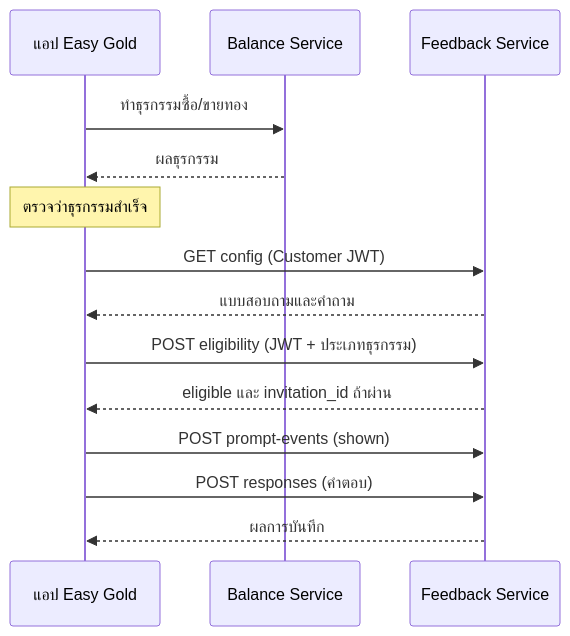
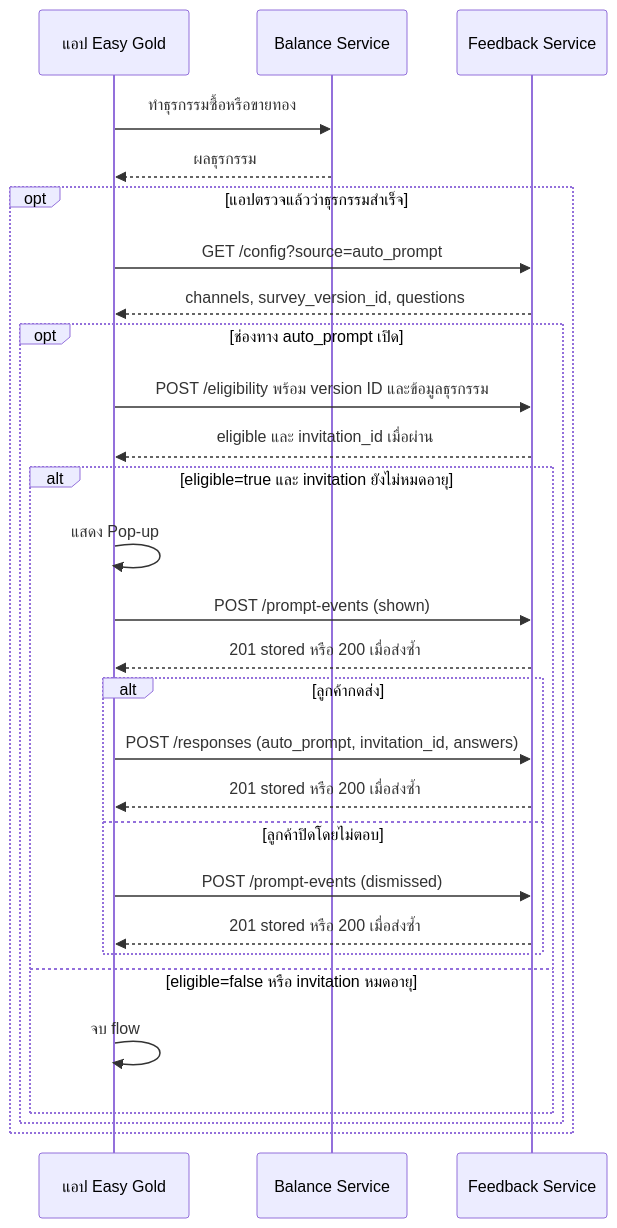
Before and after one commit to SamVon/feedback: the first of 2 diagrams in docs/APP_FEEDBACK_API_TH.md, drawn with Mermaid. The commit also changed other lines of this file and 97 other files, not shown here.

First line of the commit message:
Add feature tests for customer layout and feedback history

````diff
--- a/docs/APP_FEEDBACK_API_TH.md
+++ b/docs/APP_FEEDBACK_API_TH.md
@@ -7,16 +16,30 @@
 ```mermaid
 sequenceDiagram
     participant App as แอป Easy Gold
     participant Balance as Balance Service
     participant Feedback as Feedback Service
-    App->>Balance: ทำธุรกรรมซื้อ/ขายทอง
+    App->>Balance: ทำธุรกรรมซื้อหรือขายทอง
     Balance-->>App: ผลธุรกรรม
-    Note over App: ตรวจว่าธุรกรรมสำเร็จ
-    App->>Feedback: GET config (Customer JWT)
-    Feedback-->>App: แบบสอบถามและคำถาม
-    App->>Feedback: POST eligibility (JWT + ประเภทธุรกรรม)
-    Feedback-->>App: eligible และ invitation_id ถ้าผ่าน
-    App->>Feedback: POST prompt-events (shown)
-    App->>Feedback: POST responses (คำตอบ)
-    Feedback-->>App: ผลการบันทึก
+    opt แอปตรวจแล้วว่าธุรกรรมสำเร็จ
+        App->>Feedback: GET /config?source=auto_prompt
+        Feedback-->>App: channels, survey_version_id, questions
+        opt ช่องทาง auto_prompt เปิด
+            App->>Feedback: POST /eligibility พร้อม version ID และข้อมูลธุรกรรม
+            Feedback-->>App: eligible และ invitation_id เมื่อผ่าน
+            alt eligible=true และ invitation ยังไม่หมดอายุ
+                App->>App: แสดง Pop-up
+                App->>Feedback: POST /prompt-events (shown)
+                Feedback-->>App: 201 stored หรือ 200 เมื่อส่งซ้ำ
+                alt ลูกค้ากดส่ง
+                    App->>Feedback: POST /responses (auto_prompt, invitation_id, answers)
+                    Feedback-->>App: 201 stored หรือ 200 เมื่อส่งซ้ำ
+                else ลูกค้าปิดโดยไม่ตอบ
+                    App->>Feedback: POST /prompt-events (dismissed)
+                    Feedback-->>App: 201 stored หรือ 200 เมื่อส่งซ้ำ
+                end
+            else eligible=false หรือ invitation หมดอายุ
+                App->>App: จบ flow
+            end
+        end
+    end
 ```
````
